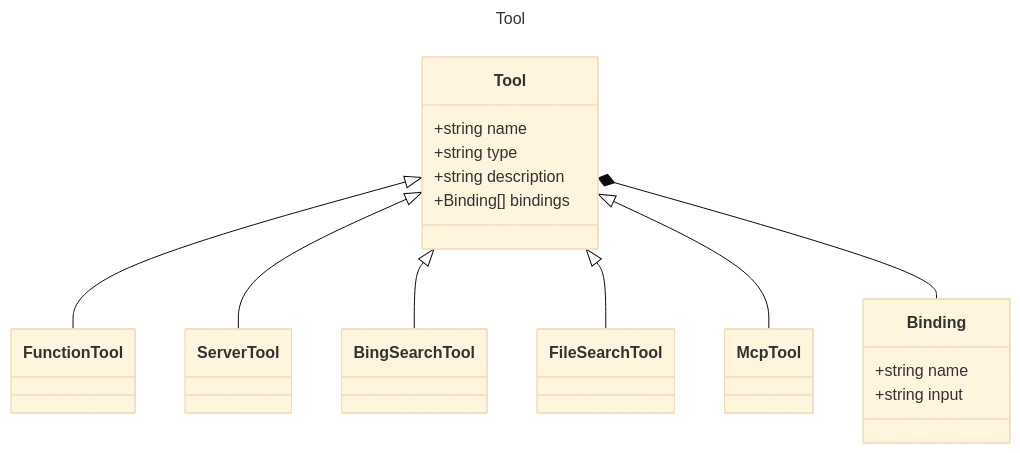
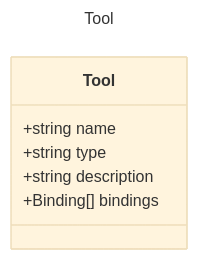
One commit to microsoft/prompty changed the diagram in specification/prompty/docs/Tool.md. Above: the diagram before and after it, drawn with Mermaid (base theme). The commit also changed 22 other files, not shown here.

Commit message:
corrected class diagrams

````diff
--- a/specification/prompty/docs/Tool.md
+++ b/specification/prompty/docs/Tool.md
@@ -7,22 +7,12 @@
 ```mermaid
 ---
 title: Tool
 ---
 classDiagram
-    class Binding {
-        +string name
-        +string input
-    }
     class Tool {
         +string name
         +string type
         +string description
         +Binding[] bindings
     }
-    Tool <|-- FunctionTool
-    Tool <|-- ServerTool
-    Tool <|-- BingSearchTool
-    Tool <|-- FileSearchTool
-    Tool <|-- McpTool
-    Tool *-- Binding
 ```
````
